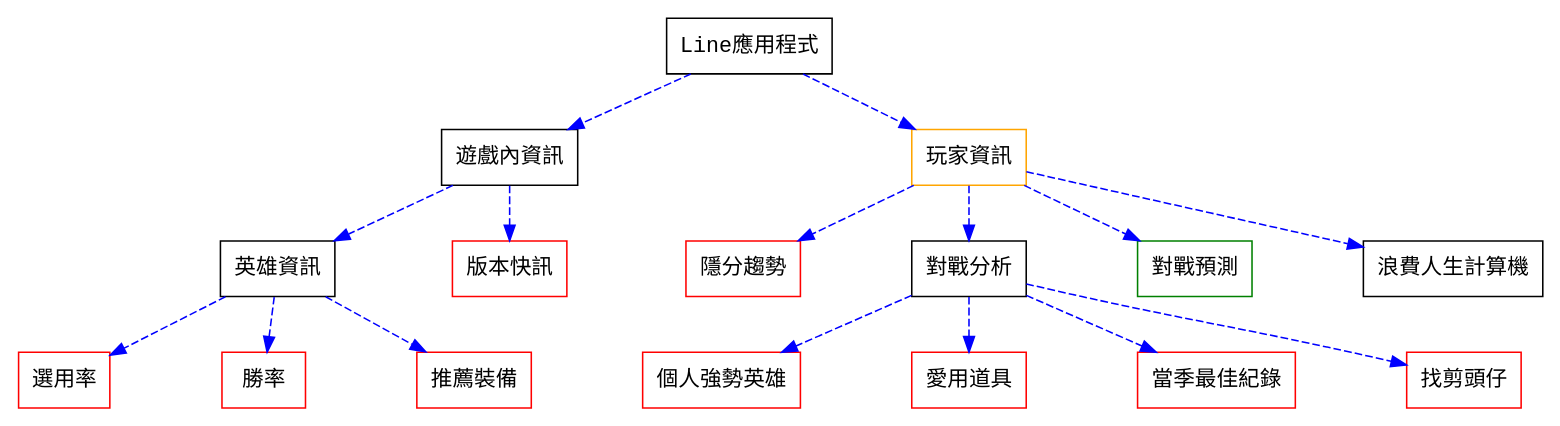
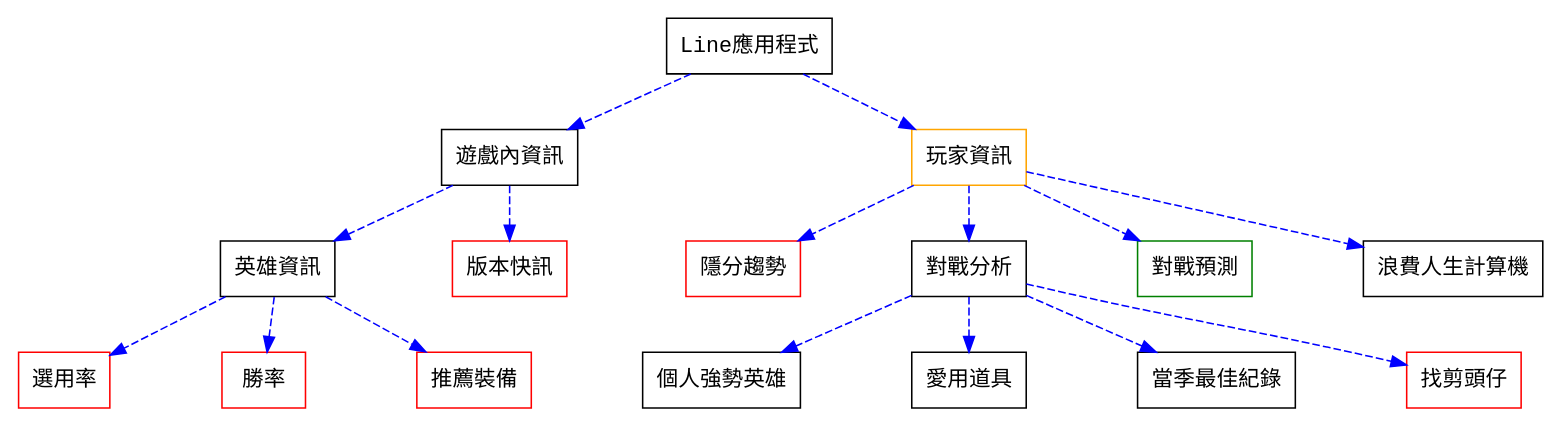
Before and after one commit to alan890104/ARAM-statistics: the diagram in README.md, drawn with Graphviz. The commit also changed other lines of this file, not shown here.

````diff
--- a/README.md
+++ b/README.md
@@ -20,16 +30,16 @@
 ```graphviz
 digraph hierarchy {
 
 		nodesep=1.0 // increases the separation between nodes
 		
 		node [color=Black,fontname=Courier,shape=box] //All nodes will this shape and colour
 		edge [color=Blue, style=dashed] //All the lines look like this
 
 		Line應用程式->{遊戲內資訊  玩家資訊[color="orange"] }
 		遊戲內資訊->{英雄資訊 版本快訊}
 		玩家資訊->{隱分趨勢 對戰分析 對戰預測 浪費人生計算機}
         英雄資訊->{選用率[color="red"] 勝率[color="red"] 推薦裝備[color="red"]}
-        對戰分析->{個人強勢英雄[color="red"] 愛用道具[color="red"] 當季最佳紀錄[color="red"] 找剪頭仔[color="red"]}
+        對戰分析->{個人強勢英雄 愛用道具 當季最佳紀錄 找剪頭仔[color="red"]}
 		{rank=same;英雄資訊 版本快訊[color="red"] 隱分趨勢[color="red"] 對戰分析 對戰預測[color="green"]}  // Put them on the same level
 }
 ```
````
